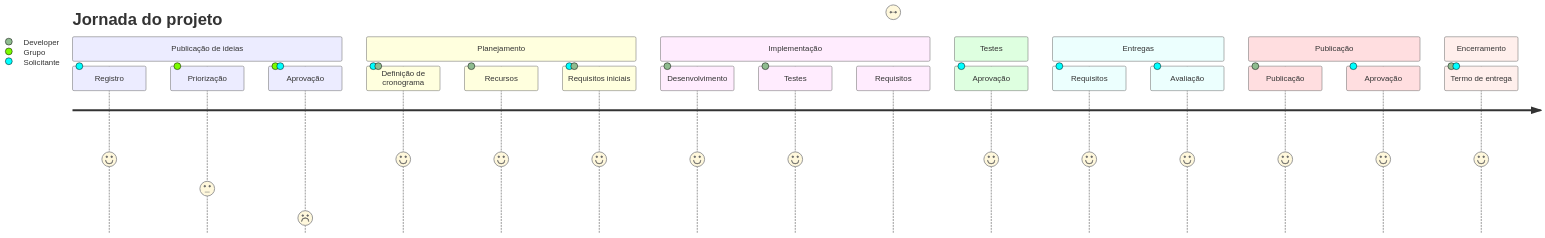
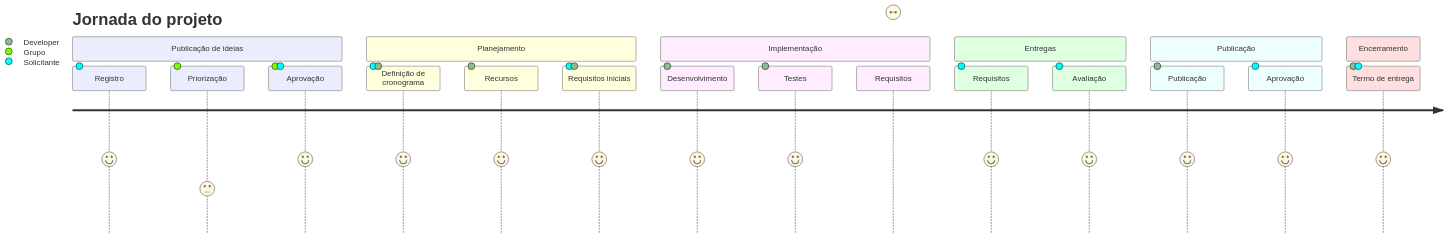
The diagram in docs/_pages/planejamento/04-projetos-journey.md (myerco/CafeGeek), drawn with Mermaid before and after one commit. The commit also changed 2 other files, not shown here.

```diff
--- a/docs/_pages/planejamento/04-projetos-journey.md
+++ b/docs/_pages/planejamento/04-projetos-journey.md
@@ -19,26 +19,24 @@
 <div class="mermaid">
 journey
     title Jornada do projeto
     section Publicação de ideias
       Registro: 5: Solicitante
       Priorização: 3: Grupo
-      Aprovação: 1: Grupo, Solicitante
+      Aprovação: 5: Grupo, Solicitante
     section Planejamento
       Definição de cronograma: 5: Solicitante, Developer
       Recursos: 5: Developer
       Requisitos iniciais: 5: Solicitante,Developer
     section Implementação
       Desenvolvimento: 5: Developer
       Testes: 5: Developer
       Requisitos: Developer, Solicitante
-    section Testes
-      Aprovação: 5: Solicitante
     section Entregas
       Requisitos: 5: Solicitante
       Avaliação: 5:Solicitante
     section Publicação
       Publicação: 5: Developer
       Aprovação: 5:Solicitante
     section Encerramento
       Termo de entrega: 5: Developer,Solicitante
 </div>
```
